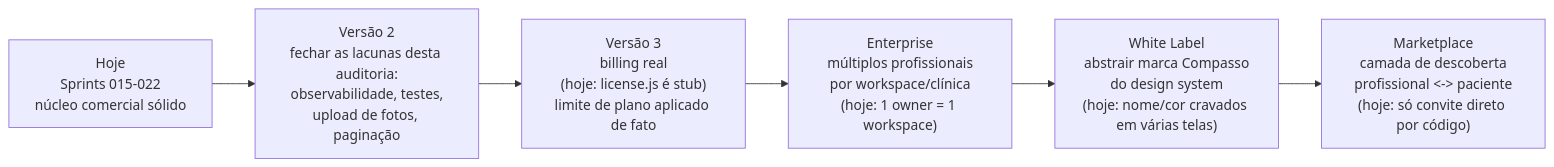
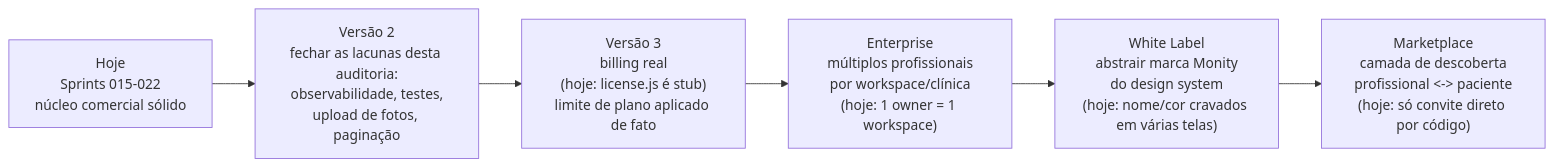
One commit to anadebora03/monity changed the seventh of 7 diagrams in AUDITORIA_ARQUITETURAL_PRO.md. Above: the diagram before and after it, drawn with Mermaid. The commit also changed other lines of this file and 112 other files, not shown here.

First line of the commit message:
feat: Sprints 021-027 (Agenda, Plano Terapeutico, Priorizacao Clinica, Jornada) + rebranding Compasso -> Monity

````diff
--- a/AUDITORIA_ARQUITETURAL_PRO.md
+++ b/AUDITORIA_ARQUITETURAL_PRO.md
@@ -465,8 +465,8 @@
 ```mermaid
 flowchart LR
     Hoje["Hoje\nSprints 015-022\nnúcleo comercial sólido"] --> V2["Versão 2\nfechar as lacunas desta auditoria:\nobservabilidade, testes,\nupload de fotos, paginação"]
     V2 --> V3["Versão 3\nbilling real\n(hoje: license.js é stub)\nlimite de plano aplicado de fato"]
     V3 --> Ent["Enterprise\nmúltiplos profissionais\npor workspace/clínica\n(hoje: 1 owner = 1 workspace)"]
-    Ent --> WL["White Label\nabstrair marca Compasso\ndo design system\n(hoje: nome/cor cravados em várias telas)"]
+    Ent --> WL["White Label\nabstrair marca Monity\ndo design system\n(hoje: nome/cor cravados em várias telas)"]
     WL --> MP["Marketplace\ncamada de descoberta\nprofissional <-> paciente\n(hoje: só convite direto por código)"]
 ```
````
